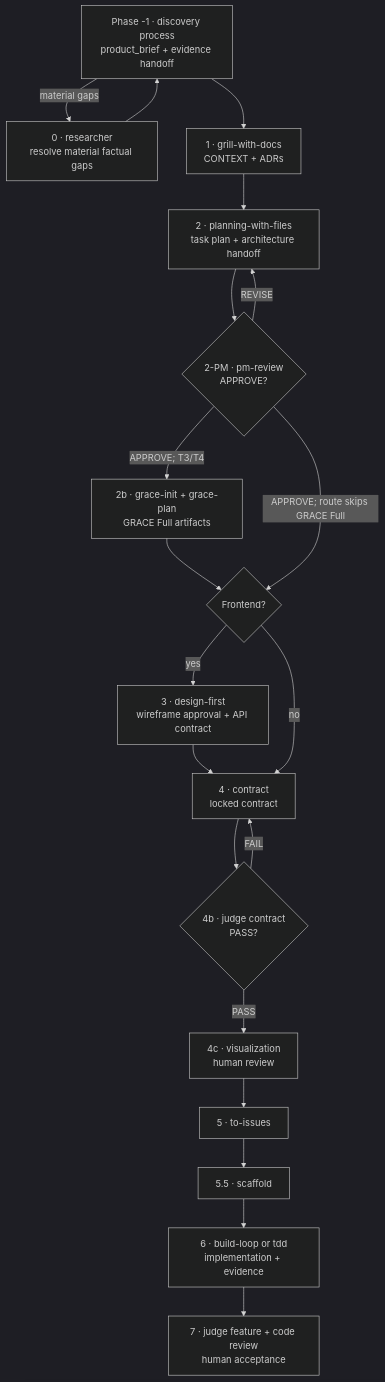
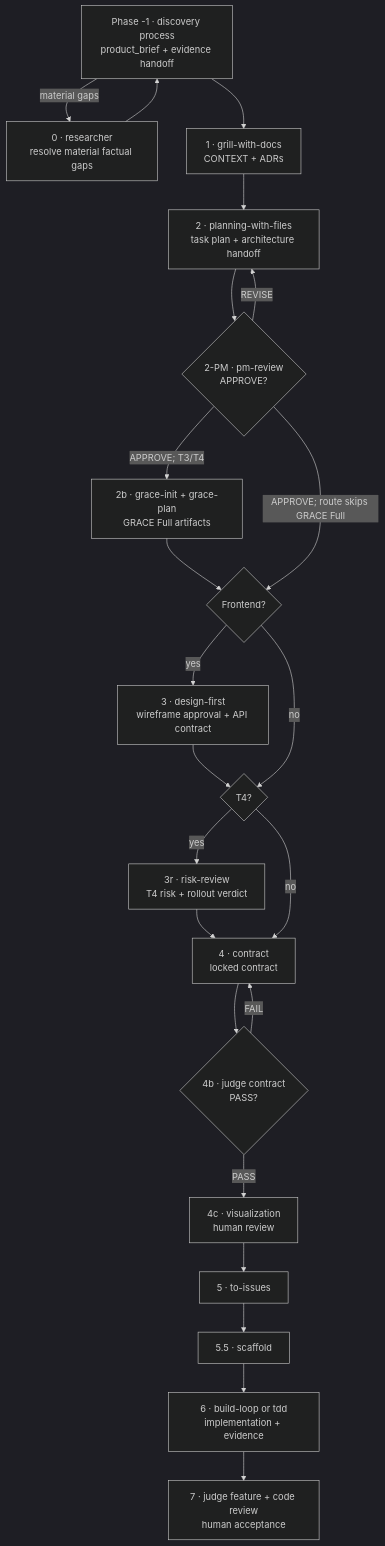
The diagram in docs/human/PIPELINE.md (createusernam/setup_project), drawn with Mermaid (dark theme) before and after one commit. The commit also changed other lines of this file and 49 other files, not shown here.

````diff
--- a/docs/human/PIPELINE.md
+++ b/docs/human/PIPELINE.md
@@ -94,29 +287,33 @@
 ```mermaid
 flowchart TD
     D["Phase -1 · discovery process<br/>product_brief + evidence handoff"]
     R["0 · researcher<br/>resolve material factual gaps"]
     G["1 · grill-with-docs<br/>CONTEXT + ADRs"]
     P["2 · planning-with-files<br/>task plan + architecture handoff"]
     PM{"2-PM · pm-review<br/>APPROVE?"}
     GF["2b · grace-init + grace-plan<br/>GRACE Full artifacts"]
     UI{"Frontend?"}
     DF["3 · design-first<br/>wireframe approval + API contract"]
+    RT{"T4?"}
+    RR["3r · risk-review<br/>T4 risk + rollout verdict"]
     C["4 · contract<br/>locked contract"]
     J{"4b · judge contract<br/>PASS?"}
     V["4c · visualization<br/>human review"]
     I["5 · to-issues"]
     S["5.5 · scaffold"]
     B["6 · build-loop or tdd<br/>implementation + evidence"]
     A["7 · judge feature + code review<br/>human acceptance"]
 
     D -->|material gaps| R --> D
     D --> G --> P --> PM
     PM -->|REVISE| P
     PM -->|APPROVE; T3/T4| GF --> UI
     PM -->|APPROVE; route skips GRACE Full| UI
-    UI -->|yes| DF --> C
-    UI -->|no| C
+    UI -->|yes| DF --> RT
+    UI -->|no| RT
+    RT -->|yes| RR --> C
+    RT -->|no| C
     C --> J
     J -->|FAIL| C
     J -->|PASS| V --> I --> S --> B --> A
 ```
````
